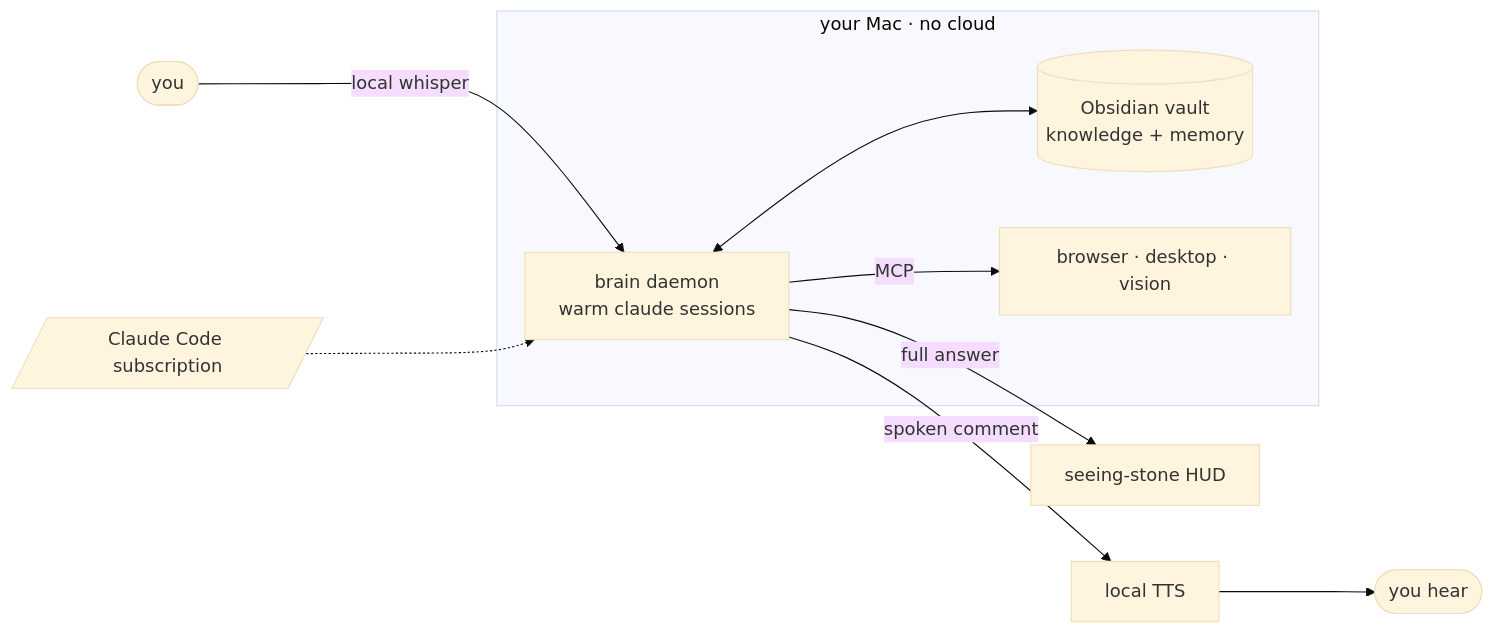
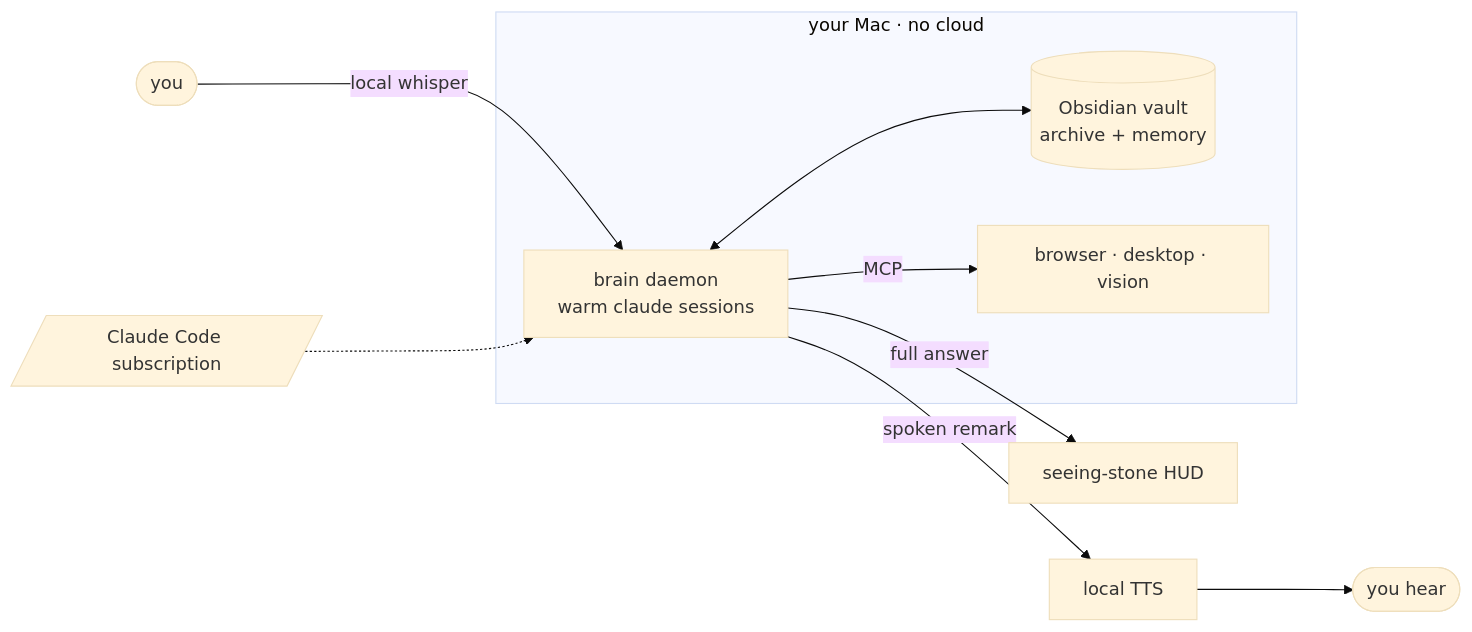
One commit to Grandillionaire/jarvis changed the diagram in README.md. Above: the diagram before and after it, drawn with Mermaid (base theme). The commit also changed other lines of this file and 8 other files, not shown here.

````diff
--- a/README.md
+++ b/README.md
@@ -37,13 +37,13 @@
 ```mermaid
 flowchart LR
     you([you]) -->|local whisper| daemon
     subgraph mac[your Mac · no cloud]
       daemon["brain daemon<br/>warm claude sessions"]
-      vault[("Obsidian vault<br/>knowledge + memory")]
+      vault[("Obsidian vault<br/>archive + memory")]
       daemon <--> vault
       daemon -->|MCP| hands["browser · desktop · vision"]
     end
-    daemon -->|spoken comment| tts["local TTS"] --> ear([you hear])
+    daemon -->|spoken remark| tts["local TTS"] --> ear([you hear])
     daemon -->|full answer| hud["seeing-stone HUD"]
     plan[/"Claude Code subscription"/] -.-> daemon
 ```
````
